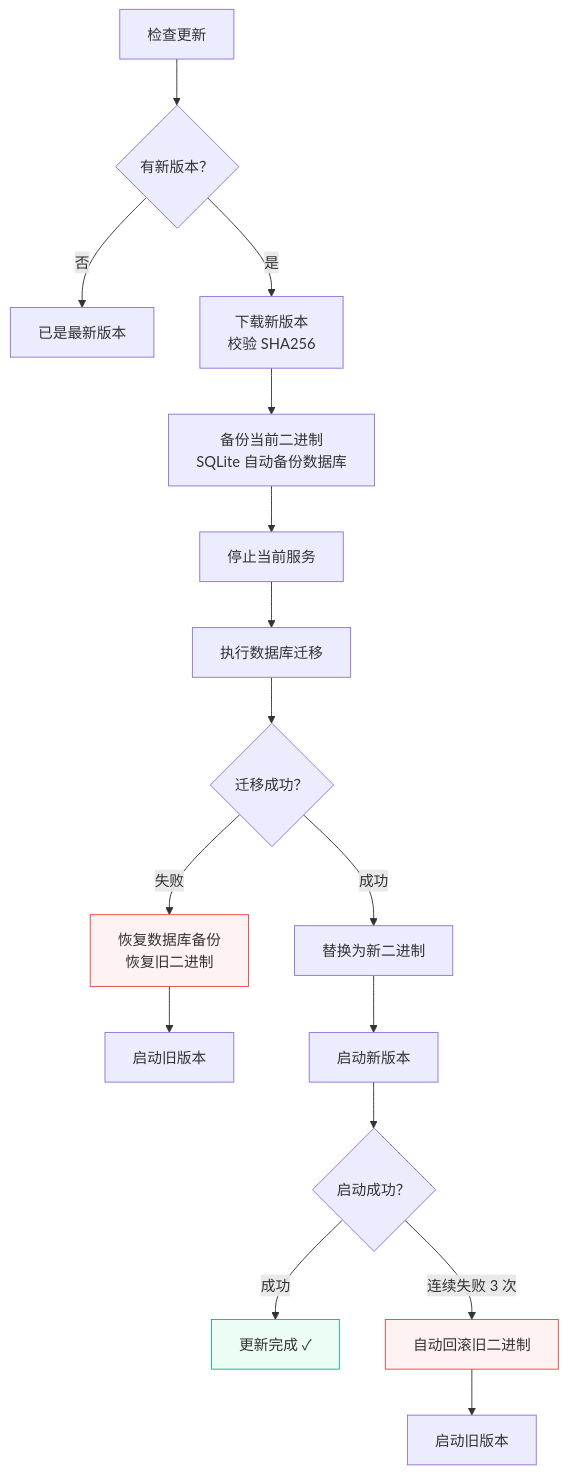
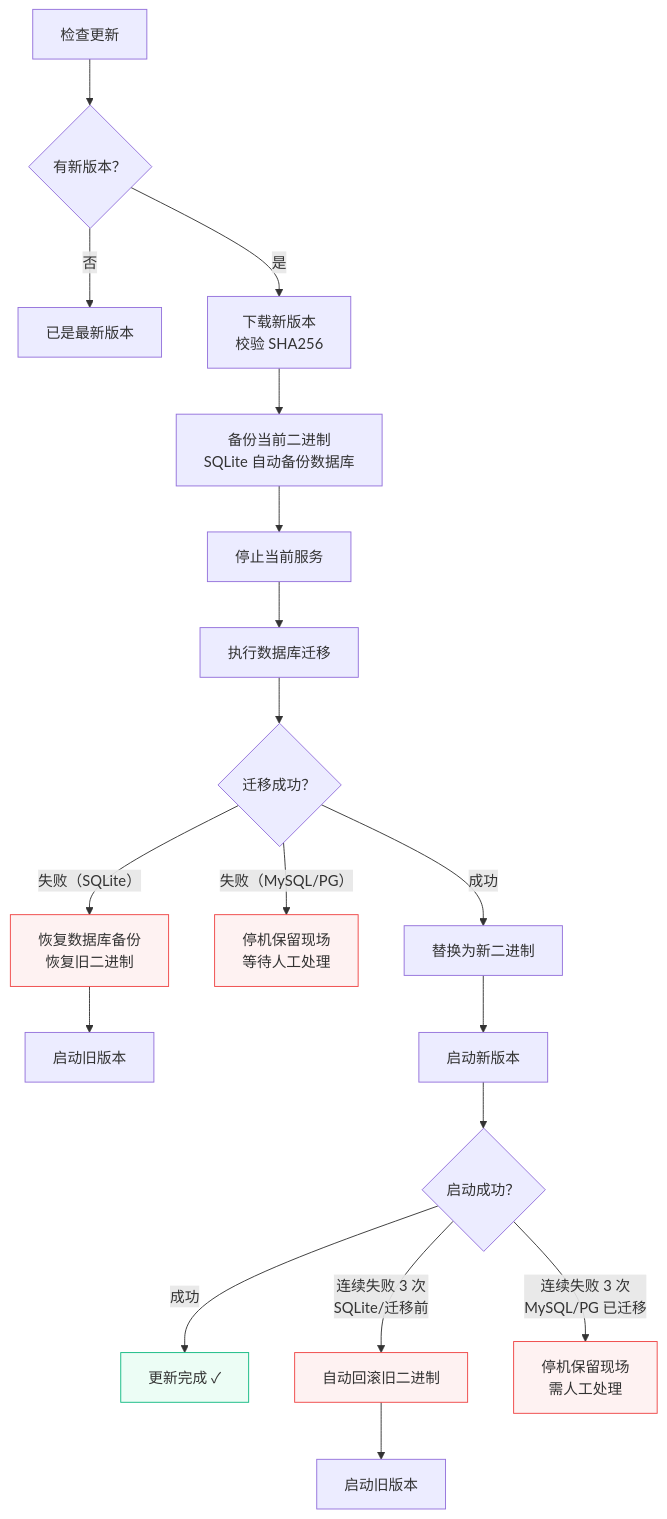
The diagram in docs/novaix/upgrade.md (huohuastudio/docs), drawn with Mermaid before and after one commit. The commit also changed other lines of this file and 39 other files, not shown here.

````diff
--- a/docs/novaix/upgrade.md
+++ b/docs/novaix/upgrade.md
@@ -13,22 +13,26 @@
 ```mermaid
 flowchart TD
     check["检查更新"] --> hasNew{"有新版本？"}
     hasNew -->|否| uptodate["已是最新版本"]
     hasNew -->|是| download["下载新版本<br/>校验 SHA256"]
     download --> backup["备份当前二进制<br/>SQLite 自动备份数据库"]
     backup --> stop["停止当前服务"]
     stop --> migrate["执行数据库迁移"]
     migrate --> migOk{"迁移成功？"}
-    migOk -->|失败| rollbackDB["恢复数据库备份<br/>恢复旧二进制"]
+    migOk -->|失败（SQLite）| rollbackDB["恢复数据库备份<br/>恢复旧二进制"]
     rollbackDB --> restart1["启动旧版本"]
+    migOk -->|失败（MySQL/PG）| manualFix["停机保留现场<br/>等待人工处理"]
     migOk -->|成功| replace["替换为新二进制"]
     replace --> start["启动新版本"]
     start --> startOk{"启动成功？"}
     startOk -->|成功| done["更新完成 ✓"]
-    startOk -->|连续失败 3 次| rollbackBin["自动回滚旧二进制"]
+    startOk -->|连续失败 3 次<br/>SQLite/迁移前| rollbackBin["自动回滚旧二进制"]
     rollbackBin --> restart2["启动旧版本"]
+    startOk -->|连续失败 3 次<br/>MySQL/PG 已迁移| manualFix2["停机保留现场<br/>需人工处理"]
 
     style done fill:#ecfdf5,stroke:#10b981
     style rollbackDB fill:#fef2f2,stroke:#ef4444
     style rollbackBin fill:#fef2f2,stroke:#ef4444
+    style manualFix fill:#fef2f2,stroke:#ef4444
+    style manualFix2 fill:#fef2f2,stroke:#ef4444
 ```
````
